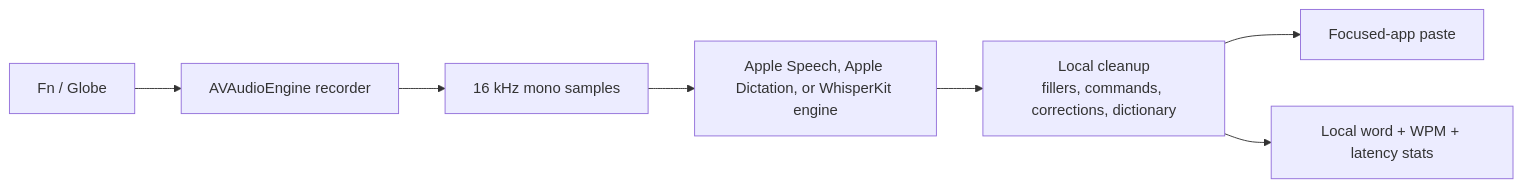
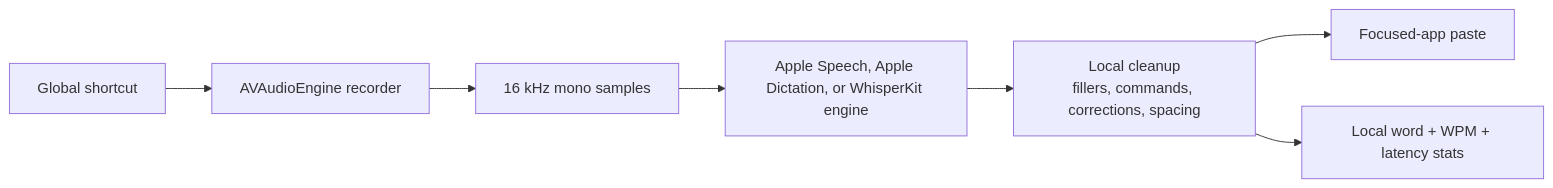
One commit to EzraApple/shoutout changed the diagram in README.md. Above: the diagram before and after it, drawn with Mermaid. The commit also changed other lines of this file and 371 other files, not shown here.

````diff
--- a/README.md
+++ b/README.md
@@ -15,9 +15,9 @@
 ```mermaid
 flowchart LR
-    Fn["Fn / Globe"] --> Recorder["AVAudioEngine recorder"]
+    Shortcut["Global shortcut"] --> Recorder["AVAudioEngine recorder"]
     Recorder --> Samples["16 kHz mono samples"]
     Samples --> Engine["Apple Speech, Apple Dictation, or WhisperKit engine"]
-    Engine --> Cleanup["Local cleanup\nfillers, commands, corrections, dictionary"]
+    Engine --> Cleanup["Local cleanup\nfillers, commands, corrections, spacing"]
     Cleanup --> Paste["Focused-app paste"]
     Cleanup --> Stats["Local word + WPM + latency stats"]
 ```
````
